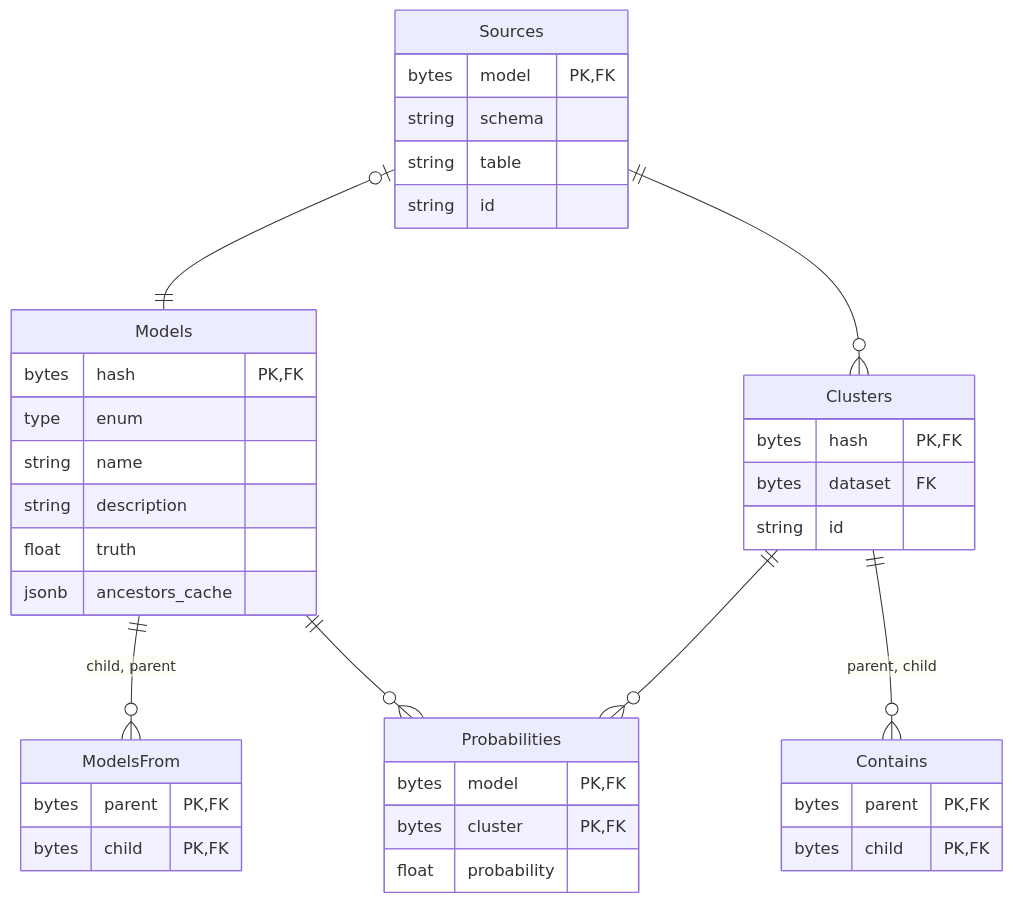
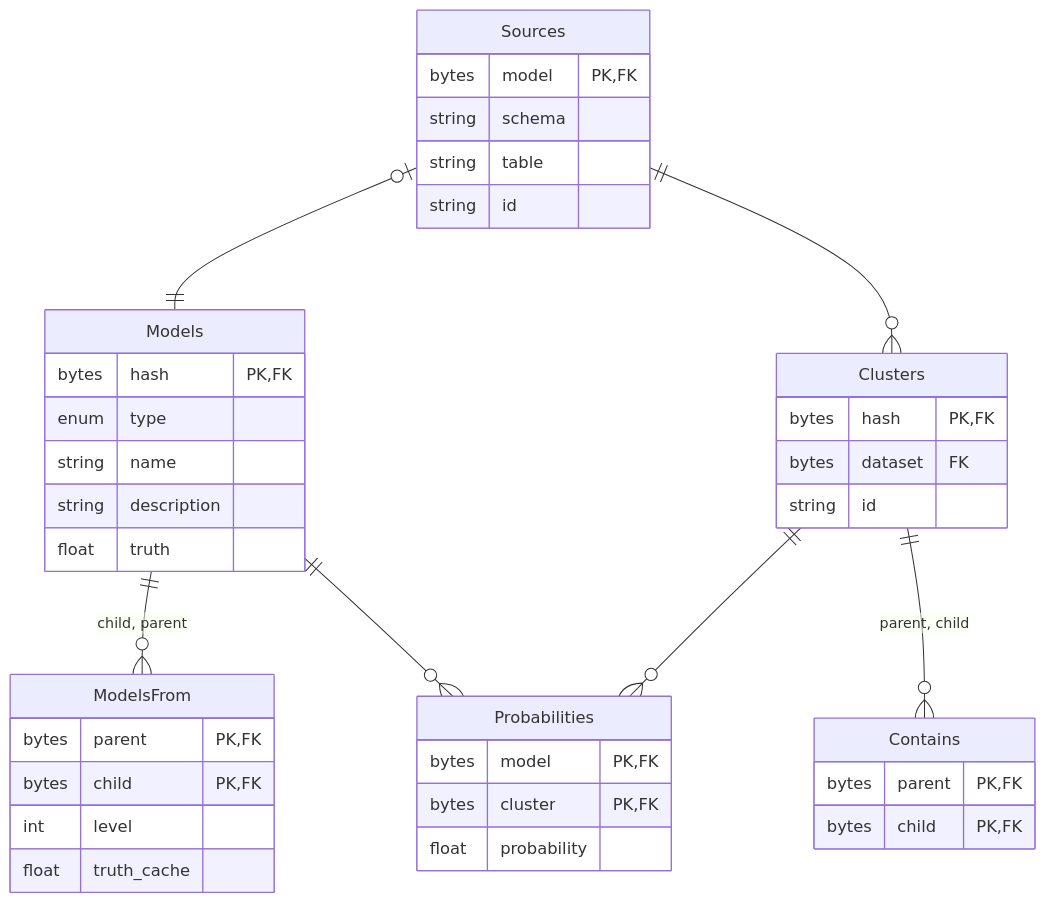
Before and after one commit to will-langdale/matchbox: the diagram in src/matchbox/server/postgresql/README.md, drawn with Mermaid. The commit also changed 10 other files, not shown here.

````diff
--- a/src/matchbox/server/postgresql/README.md
+++ b/src/matchbox/server/postgresql/README.md
@@ -15,42 +15,43 @@
 ```mermaid
 erDiagram
     Sources {
         bytes model PK,FK
         string schema
         string table
         string id
     }
     Clusters {
         bytes hash PK,FK
         bytes dataset FK
         string id
     }
     Contains {
         bytes parent PK,FK
         bytes child PK,FK
     }
     Probabilities {
         bytes model PK,FK
         bytes cluster PK,FK
         float probability
     }
     Models {
         bytes hash PK,FK
-        type enum
+        enum type
         string name
         string description
         float truth
-        jsonb ancestors_cache
     }
     ModelsFrom {
         bytes parent PK,FK
         bytes child PK,FK
+        int level
+        float truth_cache
     }
 
     Sources |o--|| Models : ""
     Sources ||--o{ Clusters : ""
     Clusters ||--o{ Contains : "parent, child"
     Clusters ||--o{ Probabilities : ""
     Models ||--o{ Probabilities : ""
     Models ||--o{ ModelsFrom : "child, parent"
 ```
````
